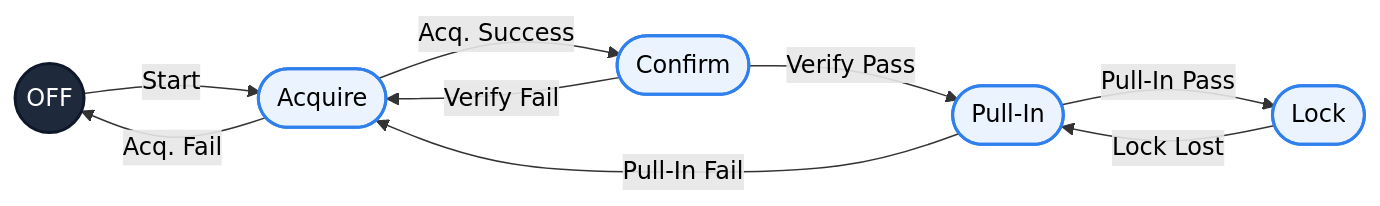
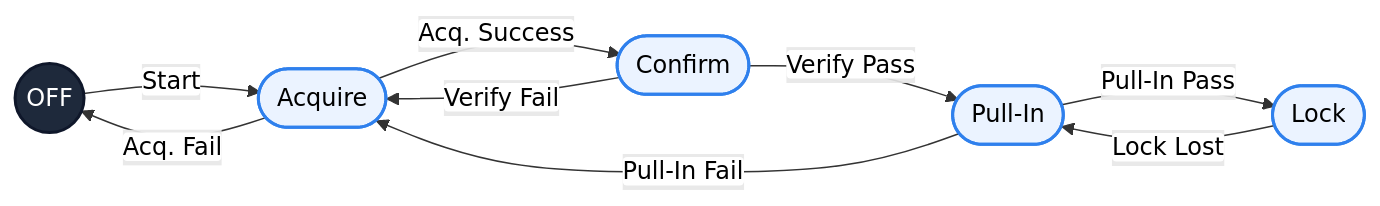
The first of 2 diagrams in README.md (pocper/SoC-GPS-Hybrid-Acquisition), drawn with Mermaid before and after one commit. The commit also changed other lines of this file and 2 other files, not shown here.

````diff
--- a/README.md
+++ b/README.md
@@ -118,17 +118,15 @@
 ``` mermaid
 graph LR
     classDef mainState fill:#EBF3FF,stroke:#2F80ED,stroke-width:2px,color:#000000,rx:8,ry:8;
     classDef startState fill:#1E293B,stroke:#0F172A,stroke-width:2px,color:#FFFFFF,rx:50,ry:50;
-    
-    linkStyle default color:#000000,background-color:#FFFFFF,stroke-width:1px;
 
-    OFF((OFF)):::startState -->|Start| Acquire([Acquire]):::mainState
-    Acquire -->|Acq. Success| Confirm([Confirm]):::mainState
-    Confirm -->|Verify Pass| Pull-In(["Pull-In"]):::mainState
-    Pull-In -->|Pull-In Pass| Lock([Lock]):::mainState
+    OFF((OFF)):::startState -->|<span style='color:black;background:white;padding:2px_5px;border-radius:3px;'>Start</span>| Acquire([Acquire]):::mainState
+    Acquire -->|<span style='color:black;background:white;padding:2px_5px;border-radius:3px;'>Acq. Success</span>| Confirm([Confirm]):::mainState
+    Confirm -->|<span style='color:black;background:white;padding:2px_5px;border-radius:3px;'>Verify Pass</span>| Pull-In(["Pull-In"]):::mainState
+    Pull-In -->|<span style='color:black;background:white;padding:2px_5px;border-radius:3px;'>Pull-In Pass</span>| Lock([Lock]):::mainState
 
-    Acquire -->|Acq. Fail| OFF
-    Confirm -->|Verify Fail| Acquire
-    Pull-In -->|Pull-In Fail| Acquire
-    Lock -->|Lock Lost| Pull-In
+    Acquire -->|<span style='color:black;background:white;padding:2px_5px;border-radius:3px;'>Acq. Fail</span>| OFF
+    Confirm -->|<span style='color:black;background:white;padding:2px_5px;border-radius:3px;'>Verify Fail</span>| Acquire
+    Pull-In -->|<span style='color:black;background:white;padding:2px_5px;border-radius:3px;'>Pull-In Fail</span>| Acquire
+    Lock -->|<span style='color:black;background:white;padding:2px_5px;border-radius:3px;'>Lock Lost</span>| Pull-In
 ```
````
